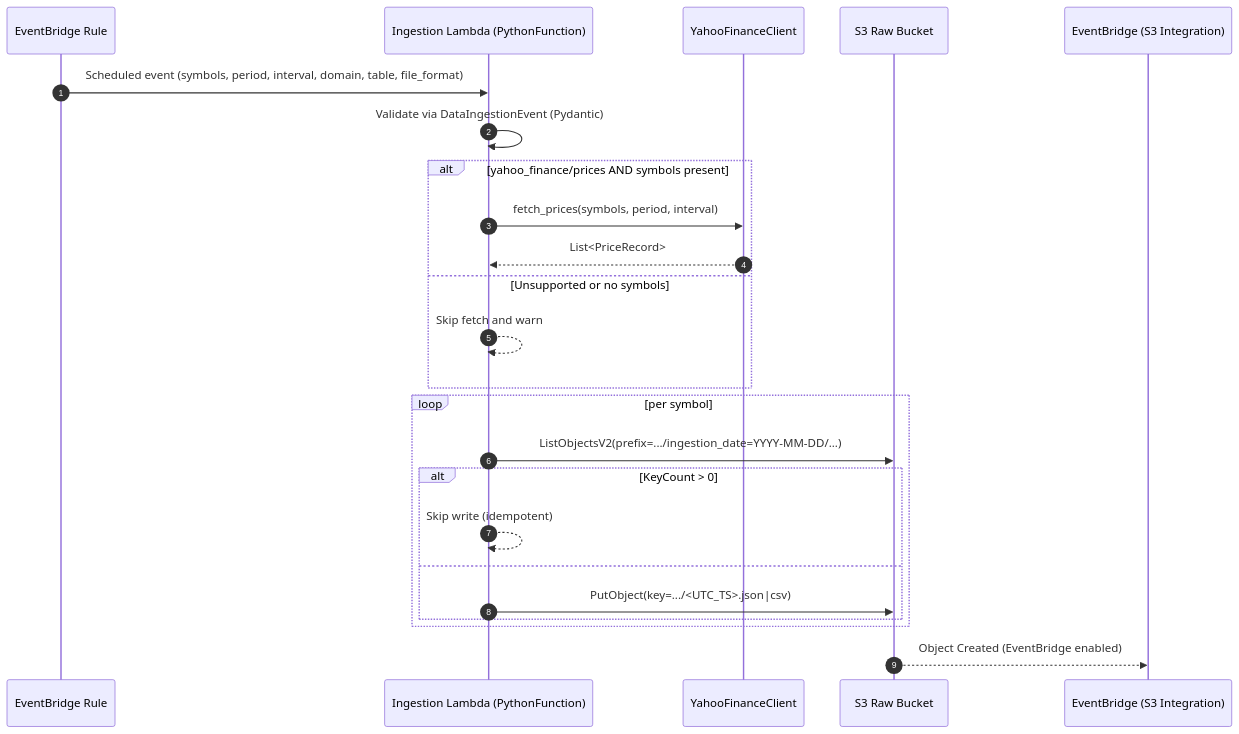
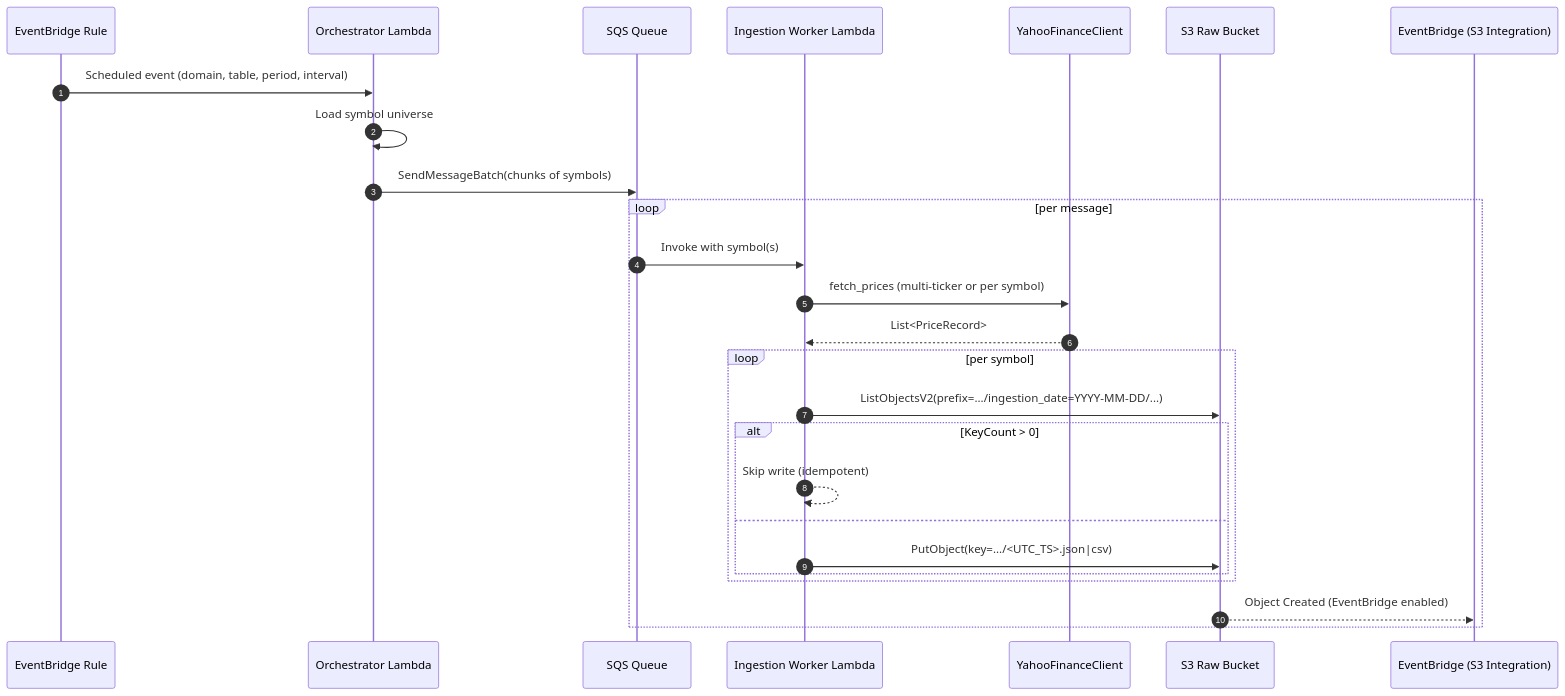
The diagram in docs/diagrams/extract/03-sequence.md (keemgdeok/fin-forge-pipeline), drawn with Mermaid before and after one commit. The commit also changed 2 other files, not shown here.

Commit message:
docs(extract): 다이어그램 재구성 및 팬아웃 흐름 반영 ingestion 다이어그램을 docs/diagrams/extract/01-03로 이동 EV→Orchestrator→SQS→Worker→RAW S3→EventBridge 흐름 반영 시퀀스/플로우/컴포넌트 간 표현 일관화 및 불필요한 주석 제거

````diff
--- a/docs/diagrams/extract/03-sequence.md
+++ b/docs/diagrams/extract/03-sequence.md
@@ -1,28 +1,30 @@
 ```mermaid
 sequenceDiagram
   autonumber
   participant EV as EventBridge Rule
-  participant L as Ingestion Lambda (PythonFunction)
+  participant ORC as Orchestrator Lambda
+  participant SQS as SQS Queue
+  participant WRK as Ingestion Worker Lambda
   participant YF as YahooFinanceClient
   participant S3 as S3 Raw Bucket
   participant EB as EventBridge (S3 Integration)
 
-  EV->>L: Scheduled event (symbols, period, interval, domain, table, file_format)
-  L->>L: Validate via DataIngestionEvent (Pydantic)
-  alt yahoo_finance/prices AND symbols present
-    L->>YF: fetch_prices(symbols, period, interval)
-    YF-->>L: List<PriceRecord>
-  else Unsupported or no symbols
-    L-->>L: Skip fetch and warn
+  EV->>ORC: Scheduled event (domain, table, period, interval)
+  ORC->>ORC: Load symbol universe
+  ORC->>SQS: SendMessageBatch(chunks of symbols)
+  loop per message
+    SQS->>WRK: Invoke with symbol(s)
+    WRK->>YF: fetch_prices (multi-ticker or per symbol)
+    YF-->>WRK: List<PriceRecord>
+    loop per symbol
+      WRK->>S3: ListObjectsV2(prefix=.../ingestion_date=YYYY-MM-DD/...)
+      alt KeyCount > 0
+        WRK-->>WRK: Skip write (idempotent)
+      else
+        WRK->>S3: PutObject(key=.../<UTC_TS>.json|csv)
+      end
+    end
+    S3-->>EB: Object Created (EventBridge enabled)
   end
-  loop per symbol
-    L->>S3: ListObjectsV2(prefix=.../ingestion_date=YYYY-MM-DD/...)
-    alt KeyCount > 0
-      L-->>L: Skip write (idempotent)
-    else
-      L->>S3: PutObject(key=.../<UTC_TS>.json|csv)
-    end
-  end
-  S3-->>EB: Object Created (EventBridge enabled)
 
 ```
````
